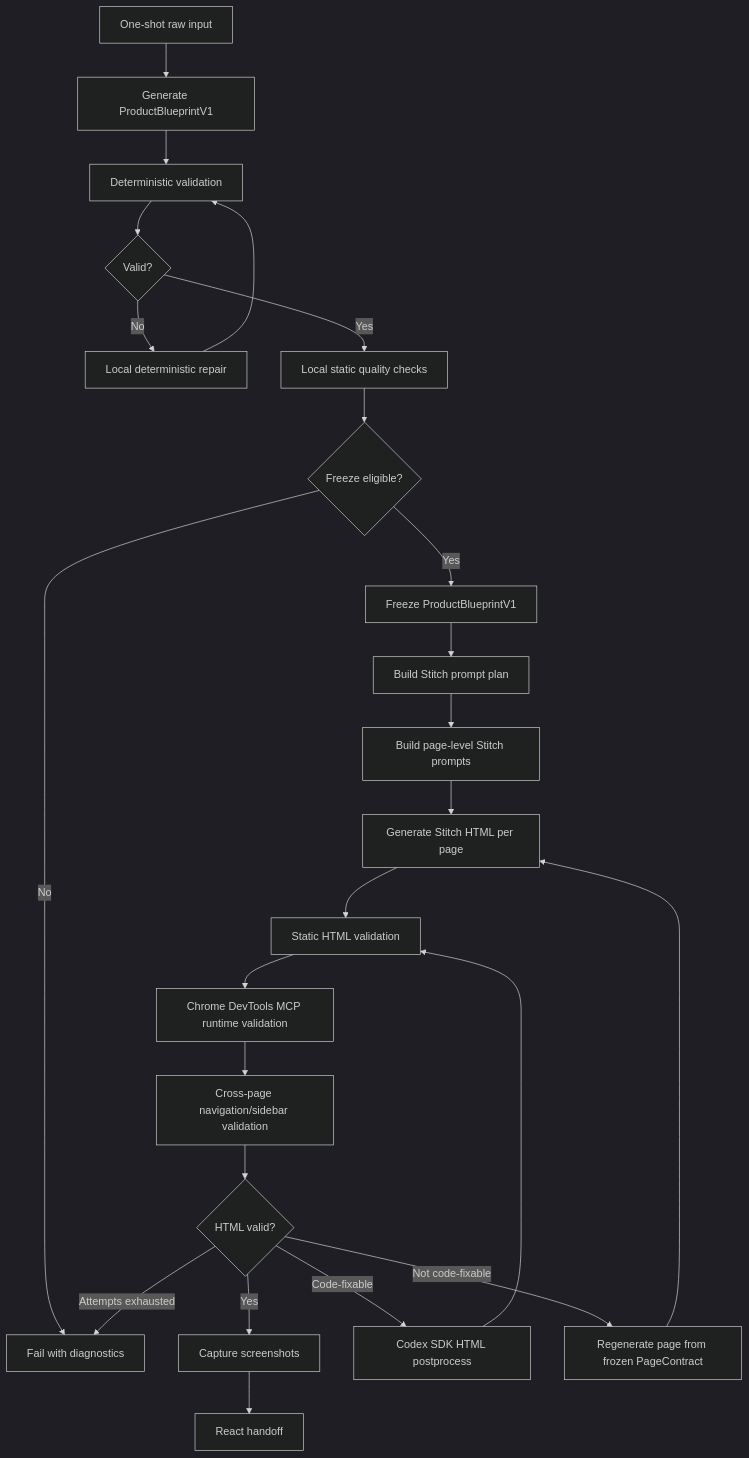
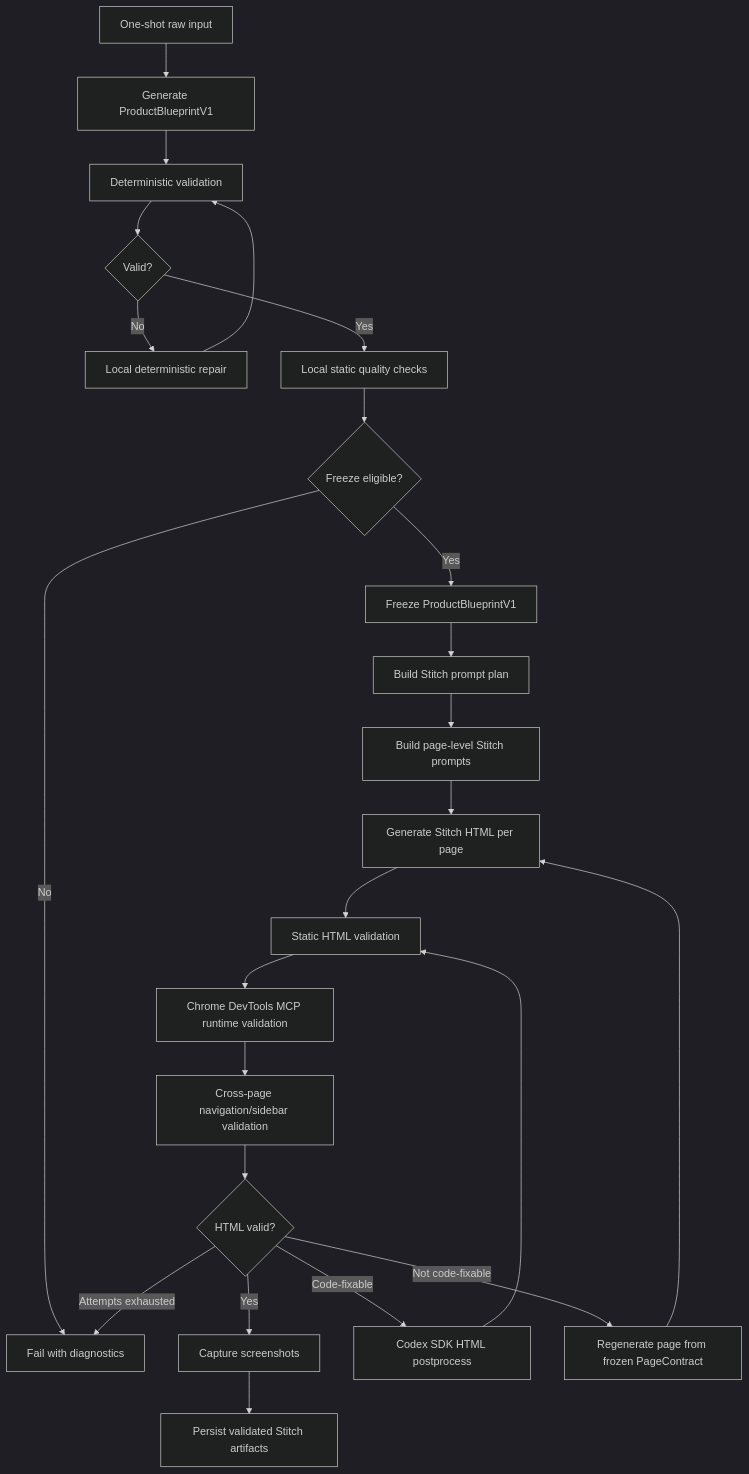
One commit to CharlieHasAHeart/stitch2react changed the first of 3 diagrams in docs/current-pipeline-mermaid.md. Above: the diagram before and after it, drawn with Mermaid (dark theme). The commit also changed other lines of this file and 5 other files, not shown here.

````diff
--- a/docs/current-pipeline-mermaid.md
+++ b/docs/current-pipeline-mermaid.md
@@ -9,27 +9,27 @@
 ```mermaid
 flowchart TD
   A["One-shot raw input"] --> B["Generate ProductBlueprintV1"]
   B --> C["Deterministic validation"]
   C --> D{"Valid?"}
   D -->|No| E["Local deterministic repair"]
   E --> C
   D -->|Yes| F["Local static quality checks"]
   F --> G{"Freeze eligible?"}
   G -->|No| Z["Fail with diagnostics"]
   G -->|Yes| H["Freeze ProductBlueprintV1"]
 
   H --> I["Build Stitch prompt plan"]
   I --> J["Build page-level Stitch prompts"]
   J --> K["Generate Stitch HTML per page"]
   K --> L["Static HTML validation"]
   L --> M["Chrome DevTools MCP runtime validation"]
   M --> N["Cross-page navigation/sidebar validation"]
   N --> O{"HTML valid?"}
   O -->|Yes| P["Capture screenshots"]
-  P --> Q["React handoff"]
+  P --> Q["Persist validated Stitch artifacts"]
   O -->|Code-fixable| R["Codex SDK HTML postprocess"]
   R --> L
   O -->|Not code-fixable| S["Regenerate page from frozen PageContract"]
   S --> K
   O -->|Attempts exhausted| Z
 ```
````
